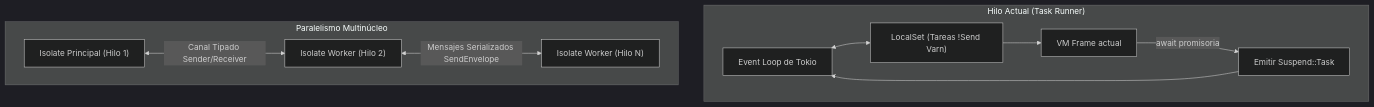
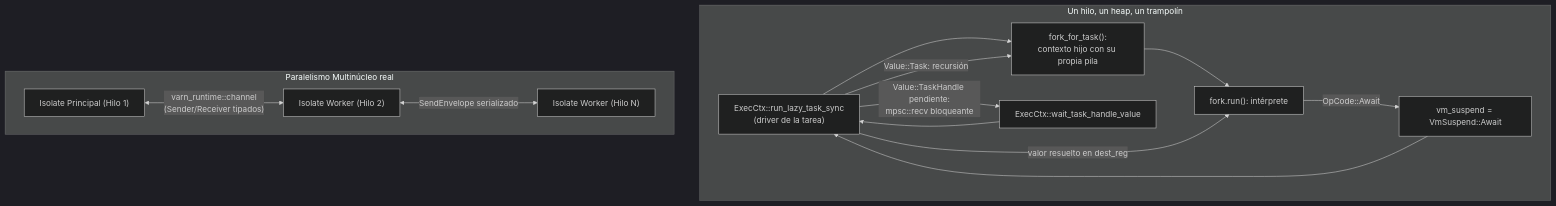
Before and after one commit to carlos-burelo/varn: the first of 3 diagrams in docs/RUNTIME_ARCHITECTURE.md, drawn with Mermaid (dark theme). The commit also changed other lines of this file and 4 other files, not shown here.

````diff
--- a/docs/RUNTIME_ARCHITECTURE.md
+++ b/docs/RUNTIME_ARCHITECTURE.md
@@ -26,14 +26,22 @@
 ```mermaid
 flowchart TD
-    subgraph Single Thread LocalSet ["Hilo Actual (Task Runner)"]
-        A["Event Loop de Tokio"] <--> B["LocalSet (Tareas !Send Varn)"]
-        B --> C["VM Frame actual"]
-        C -- "await promisoria" --> D["Emitir Suspend::Task"]
+    subgraph Hilo del Isolate ["Un hilo, un heap, un trampolín"]
+        A["ExecCtx::run_lazy_task_sync
+(driver de la tarea)"] --> B["fork_for_task():
+contexto hijo con su propia pila"]
+        B --> C["fork.run(): intérprete"]
+        C -- "OpCode::Await" --> D["vm_suspend = VmSuspend::Await"]
         D --> A
+        A -- "Value::Task: recursión" --> B
+        A -- "Value::TaskHandle pendiente:
+mpsc::recv bloqueante" --> E["ExecCtx::wait_task_handle_value"]
+        E --> A
+        A -- "valor resuelto en dest_reg" --> C
     end
 
-    subgraph Multi Thread Isolates ["Paralelismo Multinúcleo"]
-        E["Isolate Principal (Hilo 1)"] <-->|Canal Tipado Sender/Receiver| F["Isolate Worker (Hilo 2)"]
-        F <-->|Mensajes Serializados SendEnvelope| G["Isolate Worker (Hilo N)"]
+    subgraph Multi Thread Isolates ["Paralelismo Multinúcleo real"]
+        F["Isolate Principal (Hilo 1)"] <-->|"varn_runtime::channel
+(Sender/Receiver tipados)"| G["Isolate Worker (Hilo 2)"]
+        G <-->|"SendEnvelope serializado"| H["Isolate Worker (Hilo N)"]
     end
 ```
````
